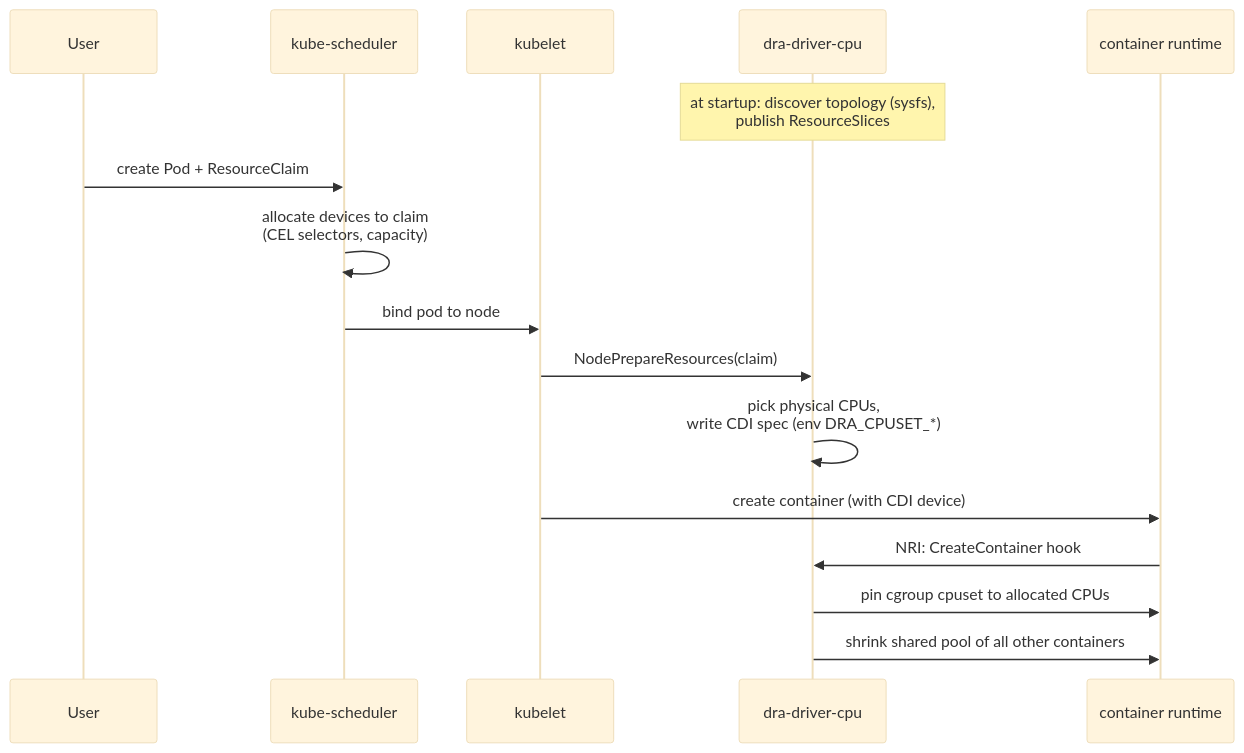
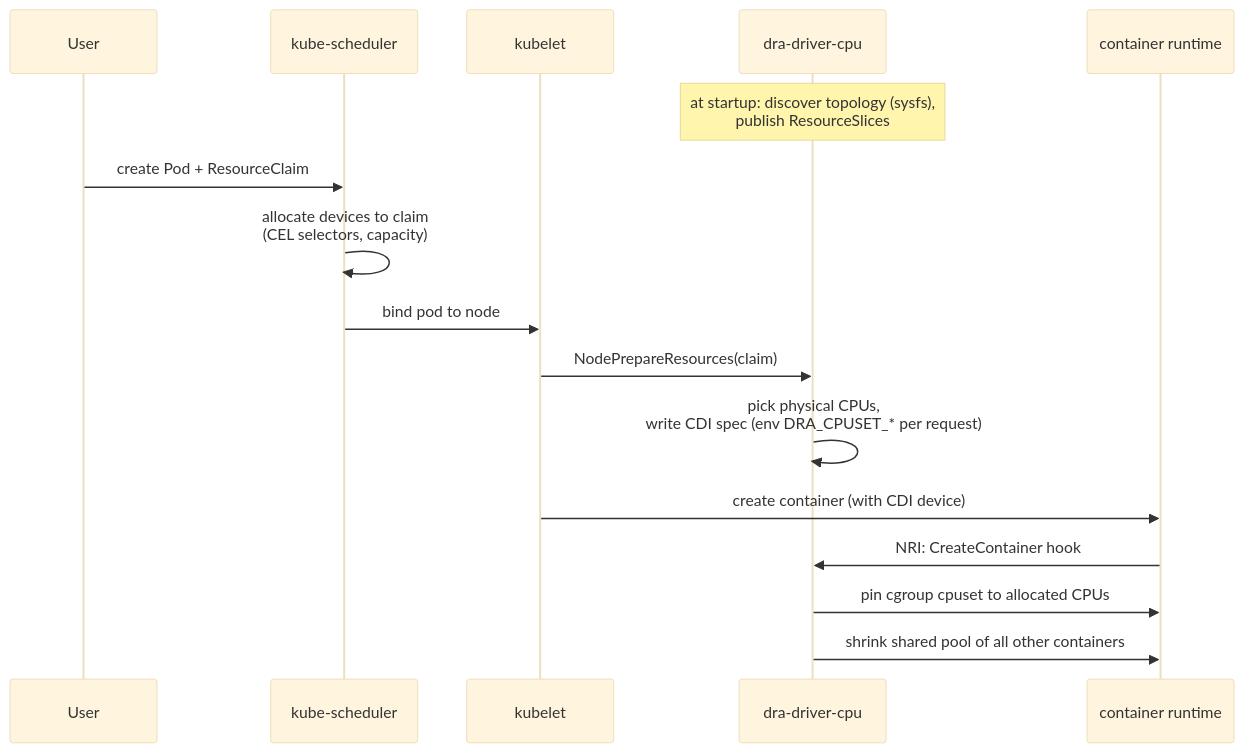
One commit to Kamillaova/dra-driver-cpu changed the diagram in docs/user/how-it-works.md. Above: the diagram before and after it, drawn with Mermaid (base theme). The commit also changed other lines of this file and 17 other files, not shown here.

````diff
--- a/docs/user/how-it-works.md
+++ b/docs/user/how-it-works.md
@@ -14,19 +14,19 @@
 ```mermaid
 sequenceDiagram
     participant U as User
     participant S as kube-scheduler
     participant K as kubelet
     participant D as dra-driver-cpu
     participant R as container runtime
 
     Note over D: at startup: discover topology (sysfs),<br/>publish ResourceSlices
     U->>S: create Pod + ResourceClaim
     S->>S: allocate devices to claim<br/>(CEL selectors, capacity)
     S->>K: bind pod to node
     K->>D: NodePrepareResources(claim)
-    D->>D: pick physical CPUs,<br/>write CDI spec (env DRA_CPUSET_*)
+    D->>D: pick physical CPUs,<br/>write CDI spec (env DRA_CPUSET_* per request)
     K->>R: create container (with CDI device)
     R->>D: NRI: CreateContainer hook
     D->>R: pin cgroup cpuset to allocated CPUs
     D->>R: shrink shared pool of all other containers
 ```
````
